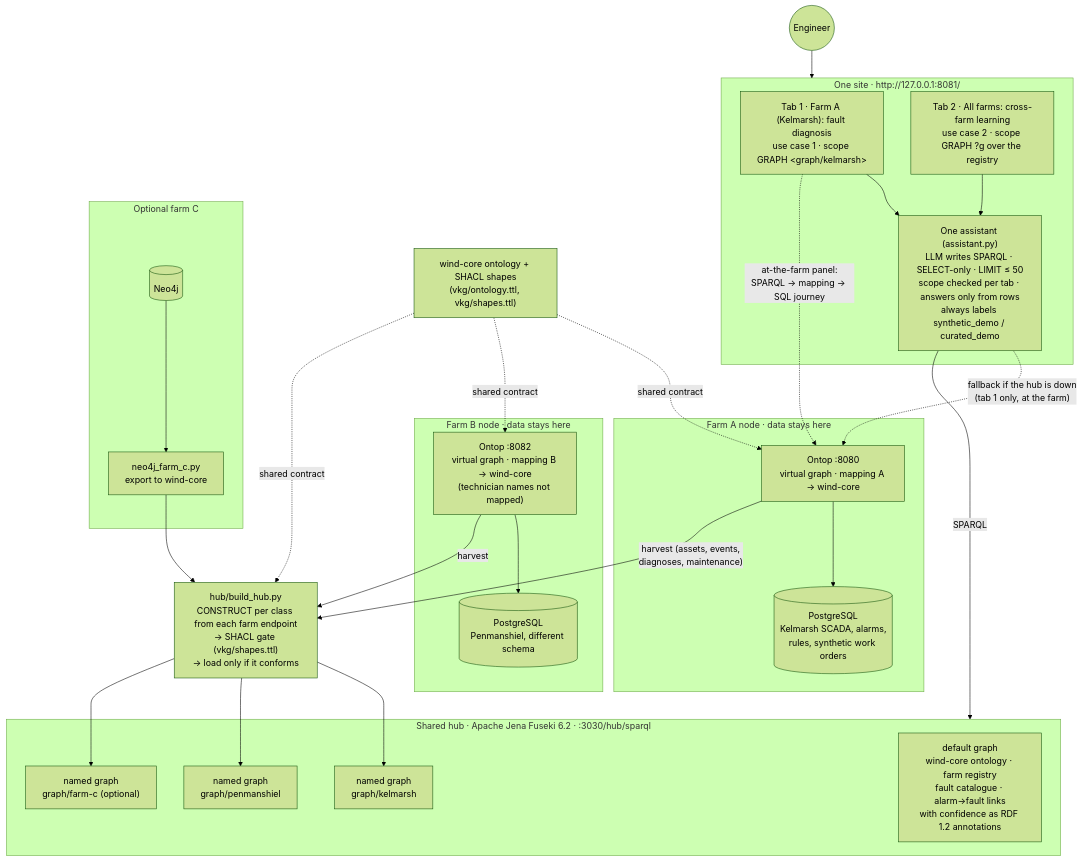
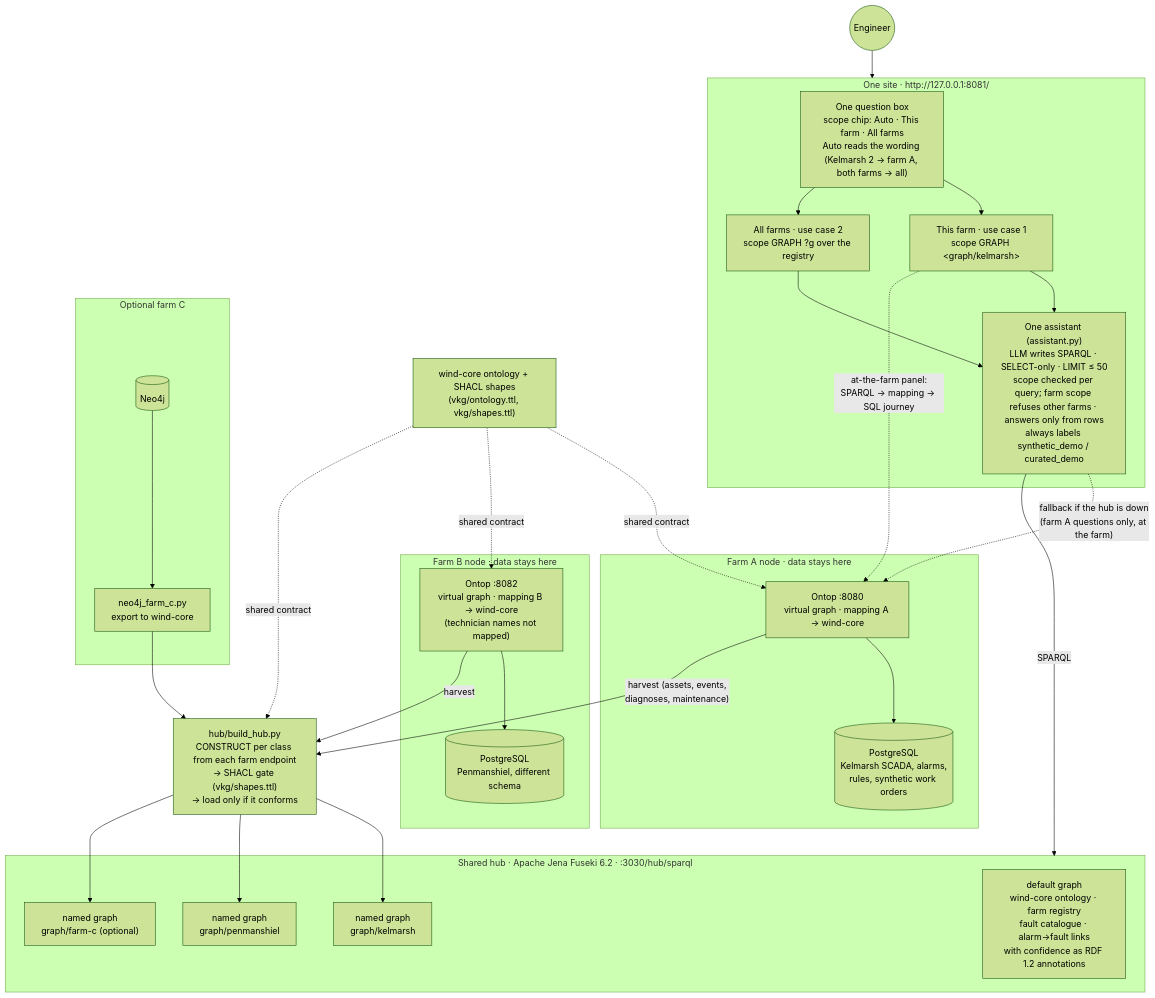
The diagram in docs/architecture.mmd (shashikiranbs2006/Knolwlege-Graph-Windmill), drawn with Mermaid (forest theme) before and after one commit. The commit also changed 7 other files, not shown here.

Commit message:
Replace the two tabs with one question box and an auto-detected scope

```diff
--- a/docs/architecture.mmd
+++ b/docs/architecture.mmd
@@ -1,38 +1,41 @@
 flowchart TB
   USER(("Engineer"))
   subgraph SITE["One site · http://127.0.0.1:8081/"]
-    T1["Tab 1 · Farm A (Kelmarsh): fault diagnosis<br/>use case 1 · scope GRAPH &lt;graph/kelmarsh&gt;"]
-    T2["Tab 2 · All farms: cross-farm learning<br/>use case 2 · scope GRAPH ?g over the registry"]
-    LLM["One assistant (assistant.py)<br/>LLM writes SPARQL · SELECT-only · LIMIT ≤ 50<br/>scope checked per tab · answers only from rows<br/>always labels synthetic_demo / curated_demo"]
+    Q["One question box<br/>scope chip: Auto · This farm · All farms<br/>Auto reads the wording (Kelmarsh 2 → farm A, both farms → all)"]
+    T1["This farm · use case 1<br/>scope GRAPH &lt;graph/kelmarsh&gt;"]
+    T2["All farms · use case 2<br/>scope GRAPH ?g over the registry"]
+    Q --> T1
+    Q --> T2
+    LLM["One assistant (assistant.py)<br/>LLM writes SPARQL · SELECT-only · LIMIT ≤ 50<br/>scope checked per query; farm scope refuses other farms · answers only from rows<br/>always labels synthetic_demo / curated_demo"]
     T1 --> LLM
     T2 --> LLM
   end
   subgraph HUB["Shared hub · Apache Jena Fuseki 6.2 · :3030/hub/sparql"]
     DG["default graph<br/>wind-core ontology · farm registry<br/>fault catalogue · alarm→fault links<br/>with confidence as RDF 1.2 annotations"]
     GA["named graph<br/>graph/kelmarsh"]
     GB["named graph<br/>graph/penmanshiel"]
     GC["named graph<br/>graph/farm-c (optional)"]
   end
   BUILD["hub/build_hub.py<br/>CONSTRUCT per class from each farm endpoint<br/>→ SHACL gate (vkg/shapes.ttl)<br/>→ load only if it conforms"]
   subgraph FA["Farm A node · data stays here"]
     OA["Ontop :8080<br/>virtual graph · mapping A → wind-core"]
     DA[("PostgreSQL<br/>Kelmarsh SCADA, alarms,<br/>rules, synthetic work orders")]
     OA --> DA
   end
   subgraph FB["Farm B node · data stays here"]
     OB["Ontop :8082<br/>virtual graph · mapping B → wind-core<br/>(technician names not mapped)"]
     DBB[("PostgreSQL<br/>Penmanshiel, different schema")]
     OB --> DBB
   end
   subgraph FC["Optional farm C"]
     NEO[("Neo4j")] --> EXP["neo4j_farm_c.py<br/>export to wind-core"]
   end
   USER --> SITE
   LLM -- "SPARQL" --> HUB
-  LLM -. "fallback if the hub is down<br/>(tab 1 only, at the farm)" .-> OA
+  LLM -. "fallback if the hub is down<br/>(farm A questions only, at the farm)" .-> OA
   T1 -. "at-the-farm panel:<br/>SPARQL → mapping → SQL journey" .-> OA
   OA -- "harvest (assets, events,<br/>diagnoses, maintenance)" --> BUILD
   OB -- "harvest" --> BUILD
   EXP --> BUILD
   BUILD --> GA & GB & GC
   SHAPES["wind-core ontology + SHACL shapes<br/>(vkg/ontology.ttl, vkg/shapes.ttl)"] -. "shared contract" .-> OA & OB & BUILD
```
